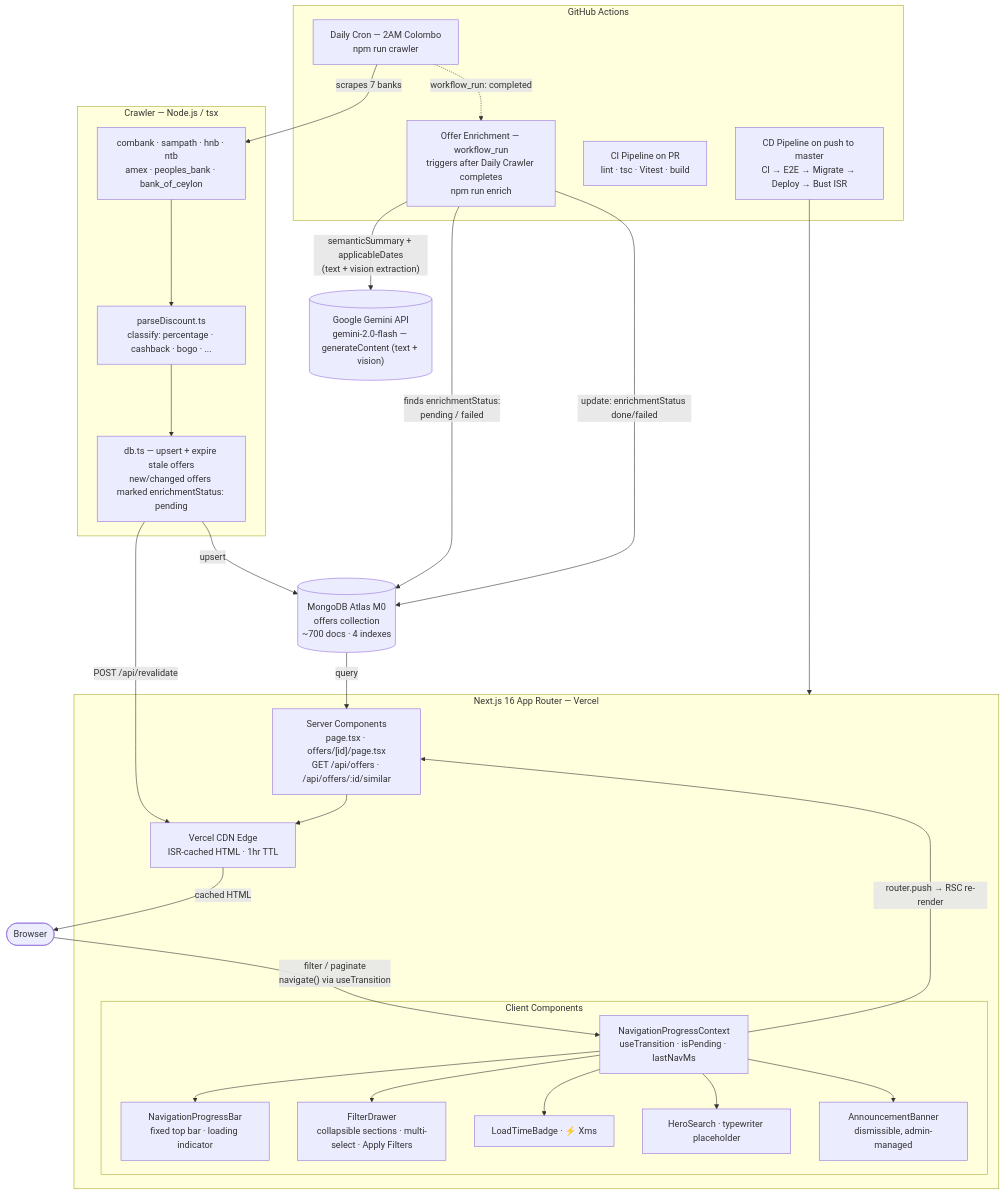
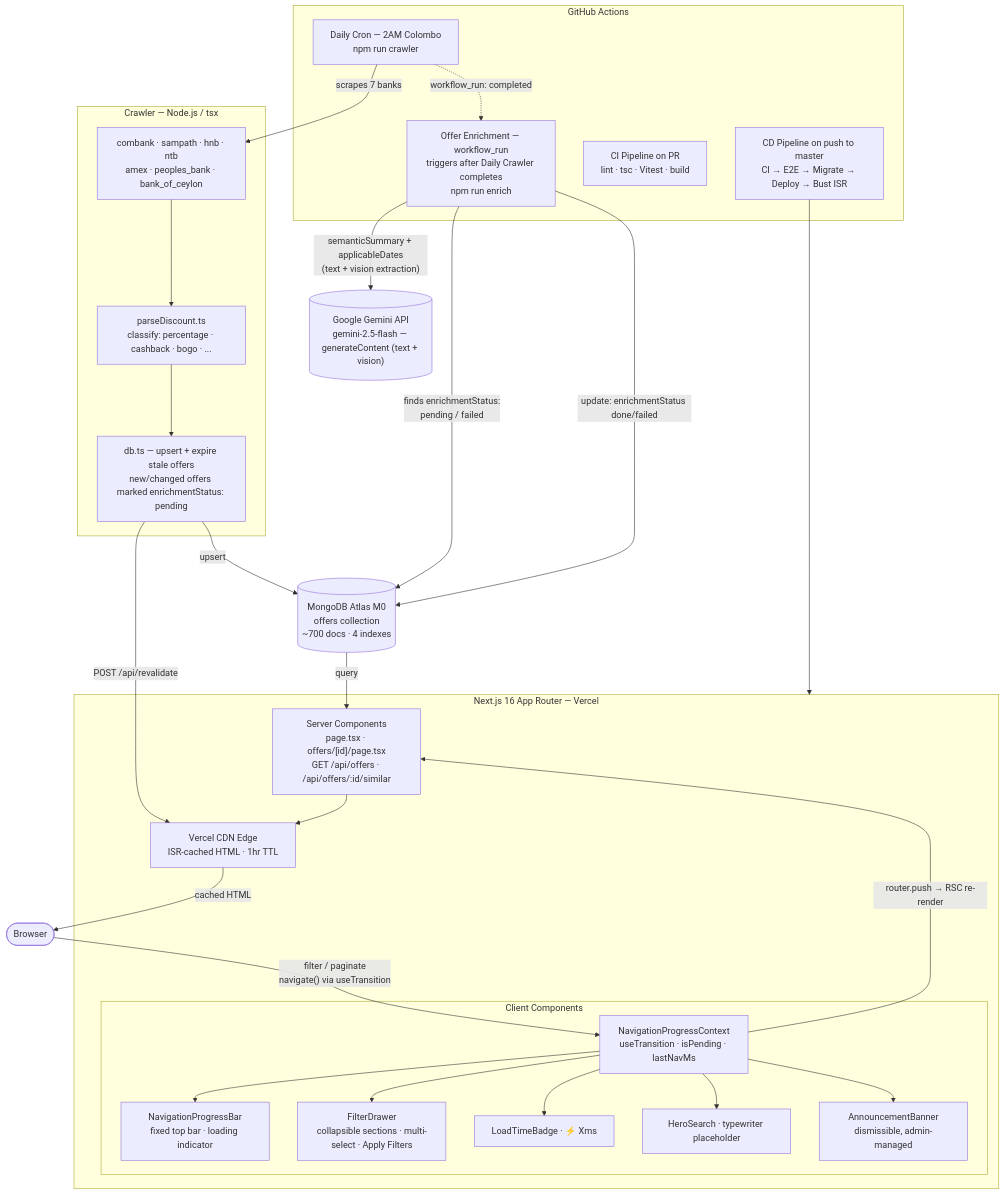
The first of 8 diagrams in README.md (chamirusenarath96/card-max), drawn with Mermaid before and after one commit. The commit also changed 4 other files, not shown here.

First line of the commit message:
fix(044): migrate enrichment model from retired gemini-2.0-flash to gemini-2.5-flash (#110)

````diff
--- a/README.md
+++ b/README.md
@@ -57,47 +57,47 @@
 ```mermaid
 graph TD
     subgraph GHA["GitHub Actions"]
         CRON["Daily Cron — 2AM Colombo\nnpm run crawler"]
         ENRICH["Offer Enrichment — workflow_run\ntriggers after Daily Crawler completes\nnpm run enrich"]
         CI_PR["CI Pipeline on PR\nlint · tsc · Vitest · build"]
         CD["CD Pipeline on push to master\nCI → E2E → Migrate → Deploy → Bust ISR"]
     end
 
     subgraph CR["Crawler — Node.js / tsx"]
         BANKS["combank · sampath · hnb · ntb\namex · peoples_bank · bank_of_ceylon"]
         PARSE["parseDiscount.ts\nclassify: percentage · cashback · bogo · ..."]
         DBU["db.ts — upsert + expire stale offers\nnew/changed offers marked enrichmentStatus: pending"]
     end
 
-    GEMINI[("Google Gemini API\ngemini-2.0-flash — generateContent (text + vision)")]
+    GEMINI[("Google Gemini API\ngemini-2.5-flash — generateContent (text + vision)")]
 
     DB[("MongoDB Atlas M0\noffers collection\n~700 docs · 4 indexes")]
 
     subgraph VR["Next.js 16 App Router — Vercel"]
         EDGE["Vercel CDN Edge\nISR-cached HTML · 1hr TTL"]
         SRV["Server Components\npage.tsx · offers/[id]/page.tsx\nGET /api/offers · /api/offers/:id/similar"]
         subgraph CLI["Client Components"]
             NPC["NavigationProgressContext\nuseTransition · isPending · lastNavMs"]
             NPB["NavigationProgressBar\nfixed top bar · loading indicator"]
             FD["FilterDrawer\ncollapsible sections · multi-select · Apply Filters"]
             LTB["LoadTimeBadge · ⚡ Xms"]
             HS["HeroSearch · typewriter placeholder"]
             AB["AnnouncementBanner\ndismissible, admin-managed"]
         end
     end
 
     BROWSER(["Browser"])
 
     CRON -->|"scrapes 7 banks"| BANKS
     BANKS --> PARSE --> DBU -->|"upsert"| DB
     DBU -->|"POST /api/revalidate"| EDGE
     CRON -.->|"workflow_run: completed"| ENRICH
     ENRICH -->|"finds enrichmentStatus:\npending / failed"| DB
     ENRICH -->|"semanticSummary + applicableDates\n(text + vision extraction)"| GEMINI
     ENRICH -->|"update: enrichmentStatus done/failed"| DB
     DB -->|"query"| SRV --> EDGE -->|"cached HTML"| BROWSER
     CD --> VR
     BROWSER -->|"filter / paginate\nnavigate() via useTransition"| NPC
     NPC --> NPB & FD & LTB & HS & AB
     NPC -->|"router.push → RSC re-render"| SRV
 ```
````
